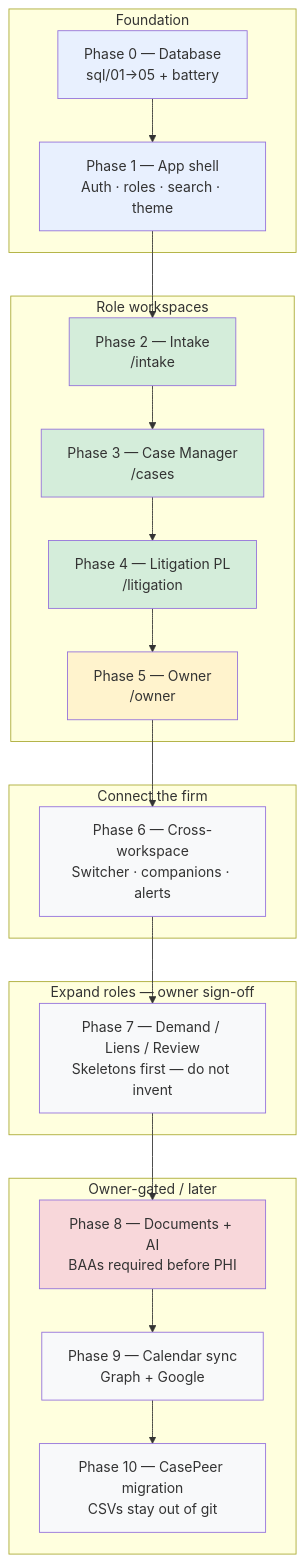
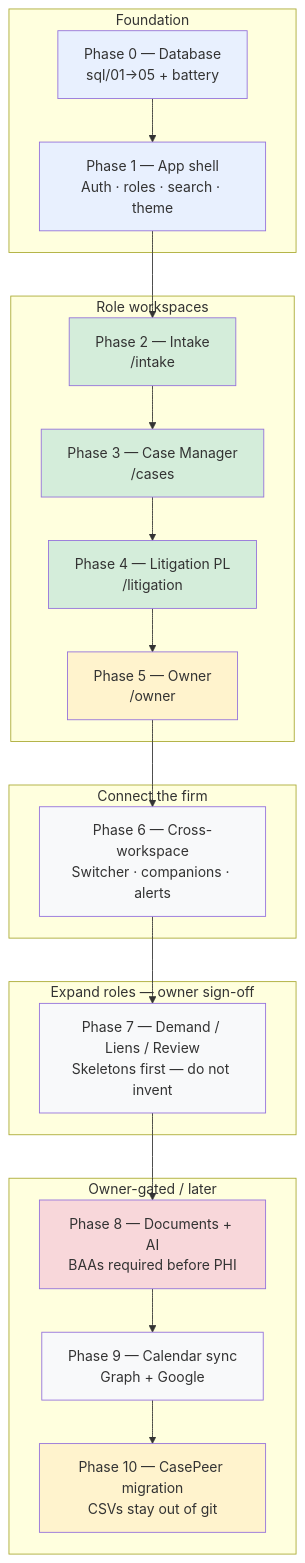
Before and after one commit to TuttleOS/TuttleOS: the first of 3 diagrams in docs/PROJECT_PHASES.md, drawn with Mermaid. The commit also changed other lines of this file and 31 other files, not shown here.

````diff
--- a/docs/PROJECT_PHASES.md
+++ b/docs/PROJECT_PHASES.md
@@ -35,45 +36,45 @@
 ```mermaid
 flowchart TD
   subgraph foundation ["Foundation"]
     P0["Phase 0 — Database<br/>sql/01→05 + battery"]
     P1["Phase 1 — App shell<br/>Auth · roles · search · theme"]
     P0 --> P1
   end
 
   subgraph workspaces ["Role workspaces"]
     P2["Phase 2 — Intake<br/>/intake"]
     P3["Phase 3 — Case Manager<br/>/cases"]
     P4["Phase 4 — Litigation PL<br/>/litigation"]
     P5["Phase 5 — Owner<br/>/owner"]
     P1 --> P2 --> P3 --> P4 --> P5
   end
 
   subgraph connect ["Connect the firm"]
     P6["Phase 6 — Cross-workspace<br/>Switcher · companions · alerts"]
     P5 --> P6
   end
 
   subgraph expand ["Expand roles — owner sign-off"]
     P7["Phase 7 — Demand / Liens / Review<br/>Skeletons first — do not invent"]
     P6 --> P7
   end
 
   subgraph gated ["Owner-gated / later"]
     P8["Phase 8 — Documents + AI<br/>BAAs required before PHI"]
     P9["Phase 9 — Calendar sync<br/>Graph + Google"]
     P10["Phase 10 — CasePeer migration<br/>CSVs stay out of git"]
     P7 --> P8 --> P9 --> P10
   end
 
   style P0 fill:#e8f0fe
   style P1 fill:#e8f0fe
   style P2 fill:#d4edda
   style P3 fill:#d4edda
   style P4 fill:#d4edda
   style P5 fill:#fff3cd
   style P6 fill:#f8f9fa
   style P7 fill:#f8f9fa
   style P8 fill:#f8d7da
   style P9 fill:#f8f9fa
-  style P10 fill:#f8f9fa
+  style P10 fill:#fff3cd
 ```
````
